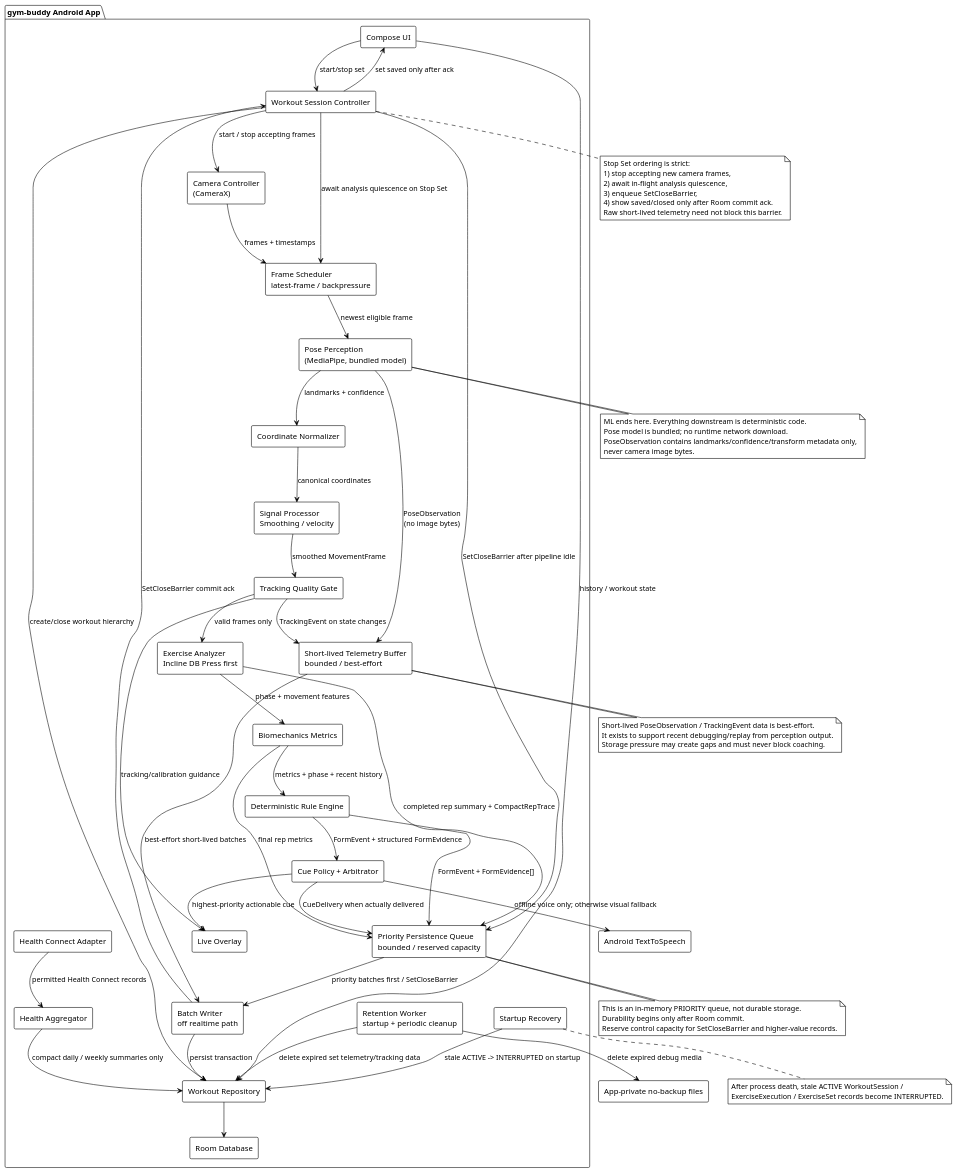
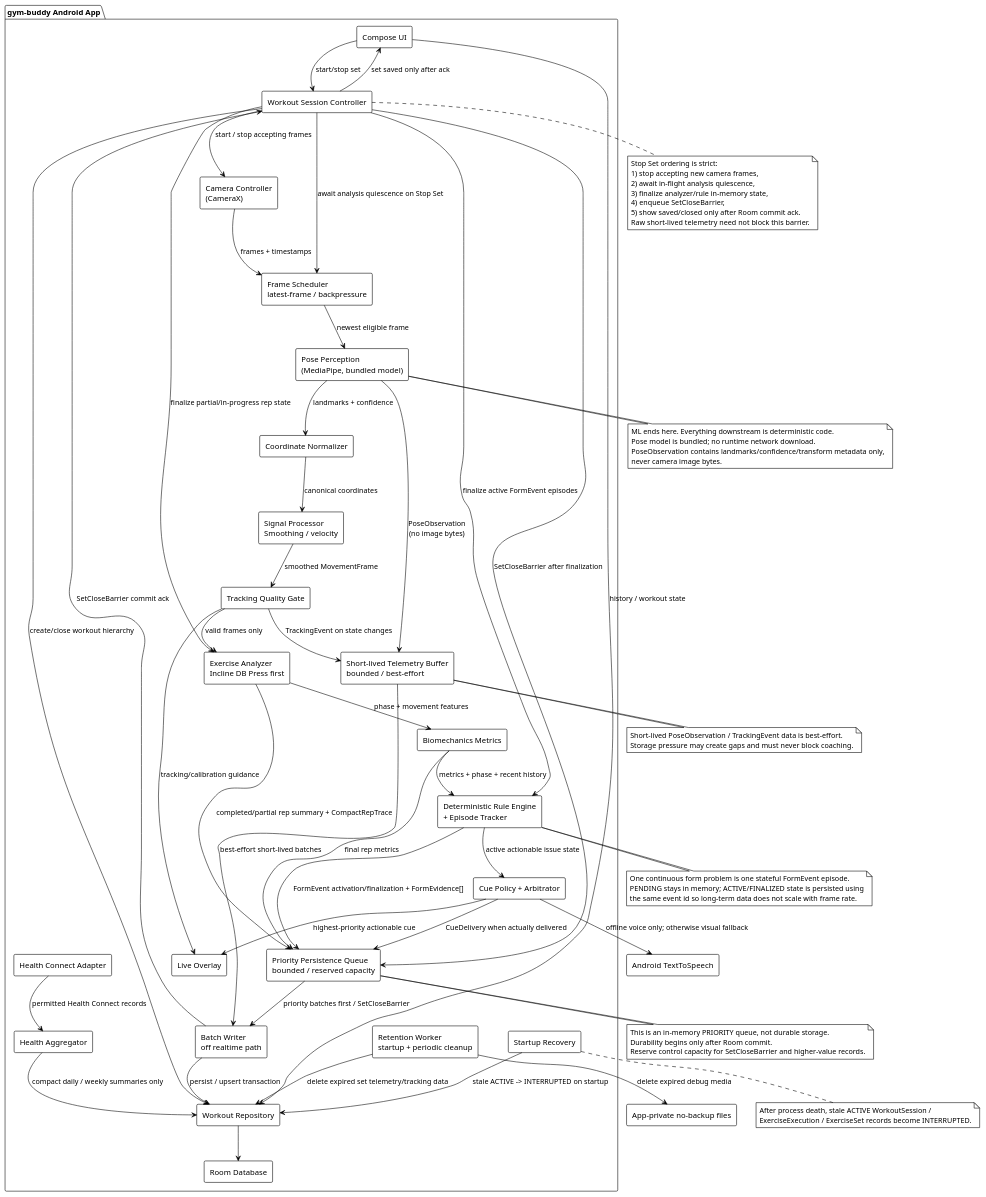
Before and after one commit to lazerta/gym-buddy: the diagram in docs/uml/02-android-components.puml, drawn with PlantUML.

Commit message:
Align components with stateful rule episodes and set finalization

```diff
--- a/docs/uml/02-android-components.puml
+++ b/docs/uml/02-android-components.puml
@@ -1,102 +1,110 @@
 @startuml
 !theme plain
 skinparam shadowing false
 skinparam componentStyle rectangle
 
 package "gym-buddy Android App" {
   [Compose UI] as UI
   [Workout Session Controller] as Session
   [Camera Controller\n(CameraX)] as Camera
   [Frame Scheduler\nlatest-frame / backpressure] as Scheduler
   [Pose Perception\n(MediaPipe, bundled model)] as Pose
   [Coordinate Normalizer] as Normalize
   [Signal Processor\nSmoothing / velocity] as Signal
   [Tracking Quality Gate] as Quality
   [Exercise Analyzer\nIncline DB Press first] as Analyzer
   [Biomechanics Metrics] as Metrics
-  [Deterministic Rule Engine] as Rules
+  [Deterministic Rule Engine\n+ Episode Tracker] as Rules
   [Cue Policy + Arbitrator] as CuePolicy
   [Live Overlay] as Overlay
   [Short-lived Telemetry Buffer\nbounded / best-effort] as TelemetryBuffer
   [Priority Persistence Queue\nbounded / reserved capacity] as PriorityQueue
   [Batch Writer\noff realtime path] as BatchWriter
   [Workout Repository] as Repo
   [Health Connect Adapter] as Health
   [Health Aggregator] as HealthAgg
   [Retention Worker\nstartup + periodic cleanup] as Retention
   [Startup Recovery] as Recovery
   [Room Database] as Room
 }
 
 UI --> Session : start/stop set
 Session --> Repo : create/close workout hierarchy
 Session --> Camera : start / stop accepting frames
 Session --> Scheduler : await analysis quiescence on Stop Set
-Session --> PriorityQueue : SetCloseBarrier after pipeline idle
+Session --> Analyzer : finalize partial/in-progress rep state
+Session --> Rules : finalize active FormEvent episodes
+Session --> PriorityQueue : SetCloseBarrier after finalization
 Camera --> Scheduler : frames + timestamps
 Scheduler --> Pose : newest eligible frame
 Pose --> TelemetryBuffer : PoseObservation\n(no image bytes)
 Pose --> Normalize : landmarks + confidence
 Normalize --> Signal : canonical coordinates
 Signal --> Quality : smoothed MovementFrame
 Quality --> Analyzer : valid frames only
 Quality --> Overlay : tracking/calibration guidance
 Quality --> TelemetryBuffer : TrackingEvent on state changes
 Analyzer --> Metrics : phase + movement features
 Metrics --> Rules : metrics + phase + recent history
-Rules --> CuePolicy : FormEvent + structured FormEvidence
+Rules --> CuePolicy : active actionable issue state
 CuePolicy --> Overlay : highest-priority actionable cue
 CuePolicy --> [Android TextToSpeech] : offline voice only; otherwise visual fallback
 
-Analyzer --> PriorityQueue : completed rep summary + CompactRepTrace
+Analyzer --> PriorityQueue : completed/partial rep summary + CompactRepTrace
 Metrics --> PriorityQueue : final rep metrics
-Rules --> PriorityQueue : FormEvent + FormEvidence[]
+Rules --> PriorityQueue : FormEvent activation/finalization + FormEvidence[]
 CuePolicy --> PriorityQueue : CueDelivery when actually delivered
 TelemetryBuffer --> BatchWriter : best-effort short-lived batches
 PriorityQueue --> BatchWriter : priority batches first / SetCloseBarrier
-BatchWriter --> Repo : persist transaction
+BatchWriter --> Repo : persist / upsert transaction
 Repo --> Room
 BatchWriter --> Session : SetCloseBarrier commit ack
 Session --> UI : set saved only after ack
 
 Health --> HealthAgg : permitted Health Connect records
 HealthAgg --> Repo : compact daily / weekly summaries only
 Retention --> Repo : delete expired set telemetry/tracking data
 Retention --> [App-private no-backup files] : delete expired debug media
 Recovery --> Repo : stale ACTIVE -> INTERRUPTED on startup
 UI --> Repo : history / workout state
 
 note bottom of Pose
 ML ends here. Everything downstream is deterministic code.
 Pose model is bundled; no runtime network download.
 PoseObservation contains landmarks/confidence/transform metadata only,
 never camera image bytes.
 end note
 
 note bottom of Session
 Stop Set ordering is strict:
 1) stop accepting new camera frames,
 2) await in-flight analysis quiescence,
-3) enqueue SetCloseBarrier,
-4) show saved/closed only after Room commit ack.
+3) finalize analyzer/rule in-memory state,
+4) enqueue SetCloseBarrier,
+5) show saved/closed only after Room commit ack.
 Raw short-lived telemetry need not block this barrier.
+end note
+
+note bottom of Rules
+One continuous form problem is one stateful FormEvent episode.
+PENDING stays in memory; ACTIVE/FINALIZED state is persisted using
+the same event id so long-term data does not scale with frame rate.
 end note
 
 note bottom of TelemetryBuffer
 Short-lived PoseObservation / TrackingEvent data is best-effort.
-It exists to support recent debugging/replay from perception output.
 Storage pressure may create gaps and must never block coaching.
 end note
 
 note bottom of PriorityQueue
 This is an in-memory PRIORITY queue, not durable storage.
 Durability begins only after Room commit.
 Reserve control capacity for SetCloseBarrier and higher-value records.
 end note
 
 note bottom of Recovery
 After process death, stale ACTIVE WorkoutSession /
 ExerciseExecution / ExerciseSet records become INTERRUPTED.
 end note
 
 @enduml
```
